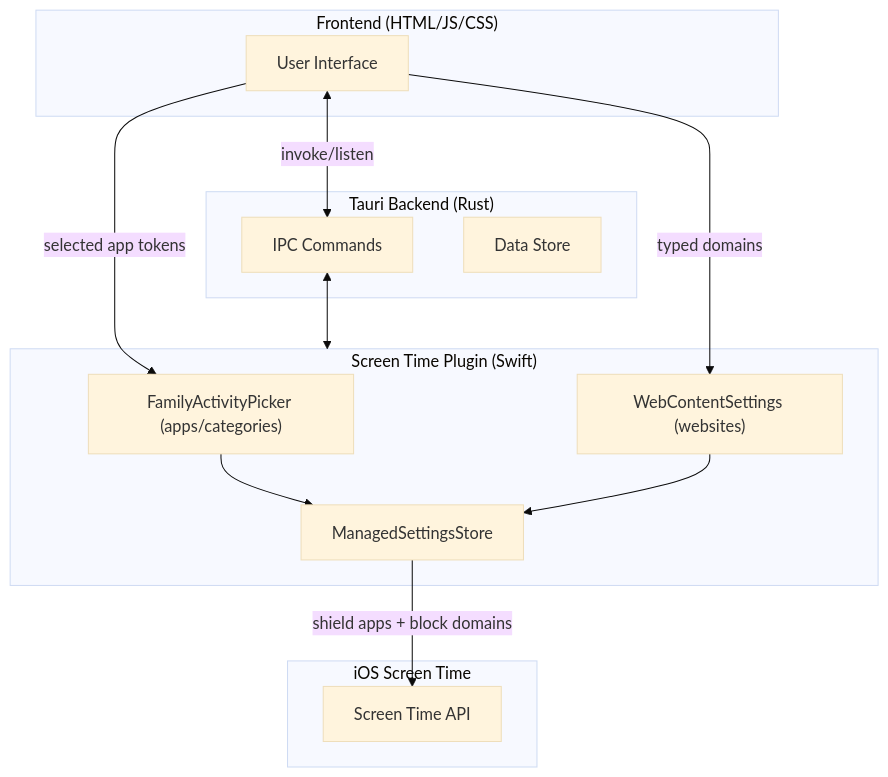
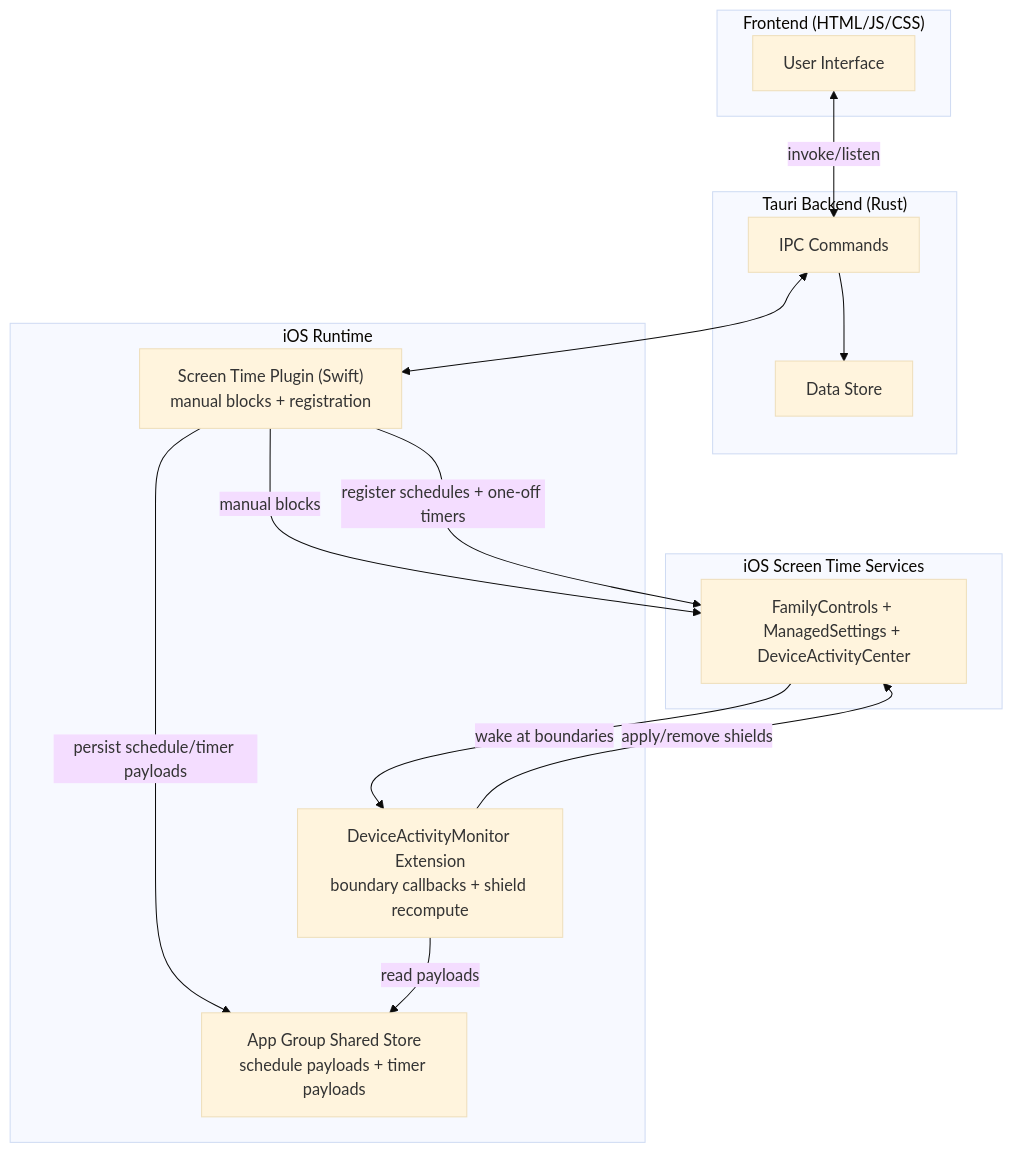
Before and after one commit to kasnder/redd-block: the second of 2 diagrams in README.md, drawn with Mermaid (base theme). The commit also changed other lines of this file, not shown here.

Commit message:
update diagram for ios

````diff
--- a/README.md
+++ b/README.md
@@ -55,29 +55,31 @@
 ```mermaid
 flowchart TB
     subgraph Frontend["Frontend (HTML/JS/CSS)"]
         UI[User Interface]
     end
 
     subgraph Tauri["Tauri Backend (Rust)"]
         IPC[IPC Commands]
         Data[Data Store]
     end
 
-    subgraph Plugin["Screen Time Plugin (Swift)"]
-        Picker["FamilyActivityPicker (apps/categories)"]
-        WebBlock["WebContentSettings (websites)"]
-        Shield[ManagedSettingsStore]
+    subgraph Runtime["iOS Runtime"]
+        Plugin["Screen Time Plugin (Swift)<br/>manual blocks + registration"]
+        Shared["App Group Shared Store<br/>schedule payloads + timer payloads"]
+        Monitor["DeviceActivityMonitor Extension<br/>boundary callbacks + shield recompute"]
     end
 
-    subgraph ScreenTime["iOS Screen Time"]
-        ST[Screen Time API]
+    subgraph System["iOS Screen Time Services"]
+        ST[FamilyControls + ManagedSettings + DeviceActivityCenter]
     end
 
     UI <-->|invoke/listen| IPC
+    IPC --> Data
     IPC <--> Plugin
-    UI -->|typed domains| WebBlock
-    UI -->|selected app tokens| Picker
-    Picker --> Shield
-    WebBlock --> Shield
-    Shield -->|shield apps + block domains| ST
+    Plugin -->|manual blocks| ST
+    Plugin -->|persist schedule/timer payloads| Shared
+    Plugin -->|register schedules + one-off timers| ST
+    ST -->|wake at boundaries| Monitor
+    Monitor -->|read payloads| Shared
+    Monitor -->|apply/remove shields| ST
 ```
````
